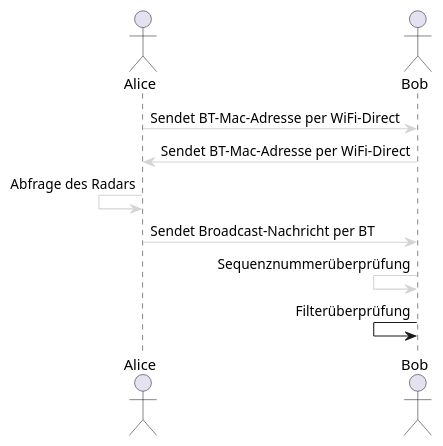
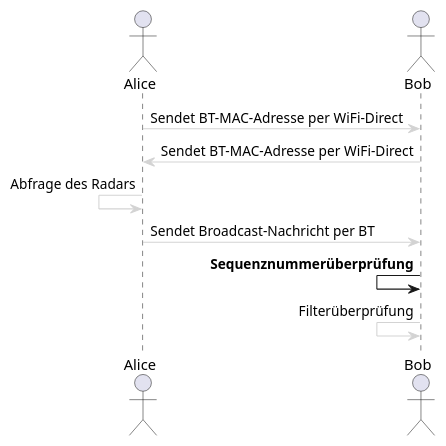
One commit to SharedKnowledge/Documentation changed the diagram in plantuml/communicationComps.puml. Above: the diagram before and after it, drawn with PlantUML. The commit also changed 20 other files, not shown here.

```diff
--- a/plantuml/communicationComps.puml
+++ b/plantuml/communicationComps.puml
@@ -1,13 +1,13 @@
 @startuml
 
 actor "Alice"
 actor "Bob"
 
-"Bob" <[#lightgrey]- "Alice": Sendet BT-Mac-Adresse per WiFi-Direct
-"Alice" <[#lightgrey]- "Bob": Sendet BT-Mac-Adresse per WiFi-Direct
+"Bob" <[#lightgrey]- "Alice": Sendet BT-MAC-Adresse per WiFi-Direct
+"Alice" <[#lightgrey]- "Bob": Sendet BT-MAC-Adresse per WiFi-Direct
 "Alice" <[#lightgrey]- "Alice": Abfrage des Radars
 "Bob" <[#lightgrey]- "Alice": Sendet Broadcast-Nachricht per BT
-"Bob" <[#lightgrey]- "Bob": Sequenznummerüberprüfung
-"Bob" <- "Bob": Filterüberprüfung
+"Bob" <- "Bob": **Sequenznummerüberprüfung**
+"Bob" <[#lightgrey]- "Bob": Filterüberprüfung
 
 @enduml
```
